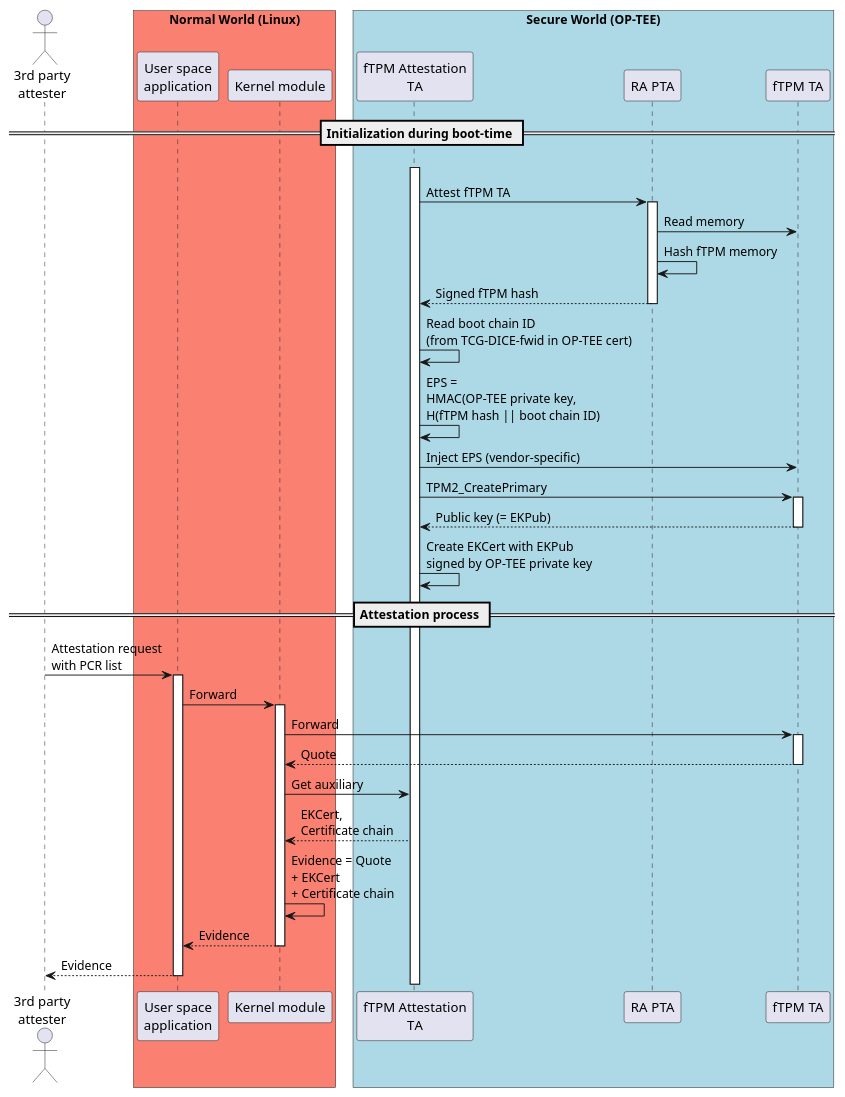
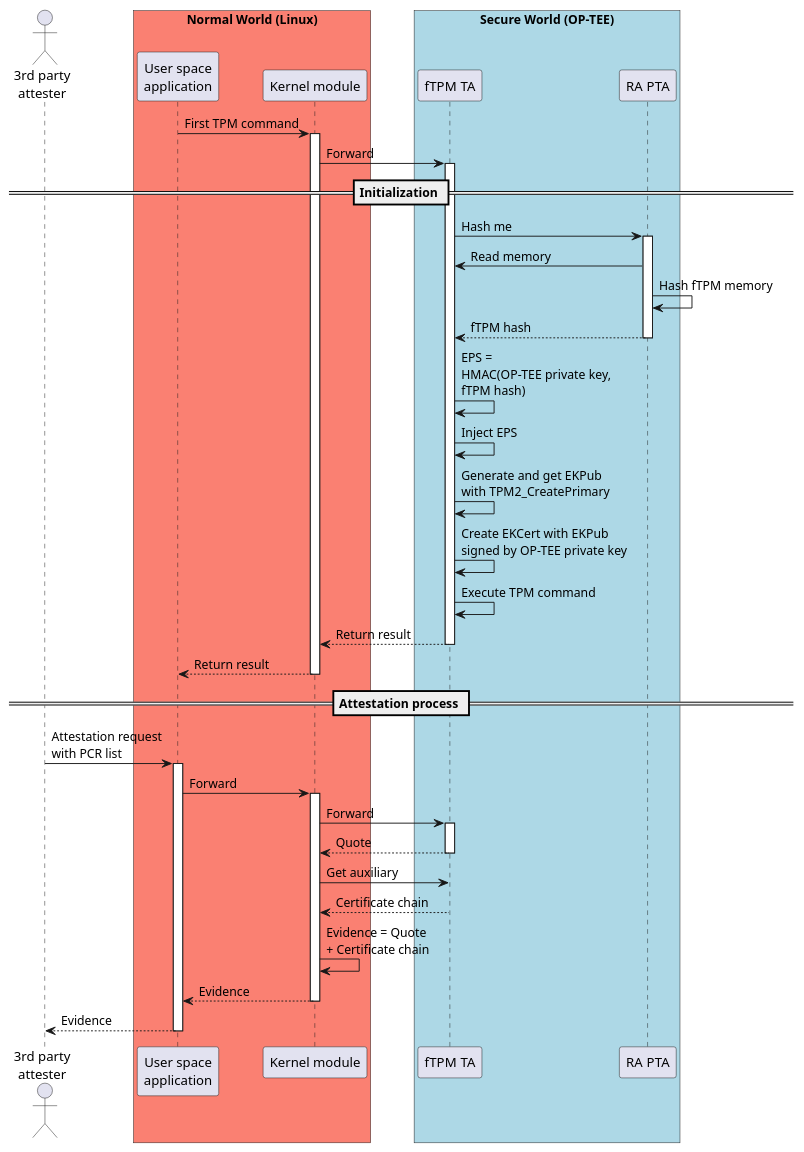
The diagram in figures/sequence_diagram.puml (akorb/master-thesis), drawn with PlantUML before and after one commit.

Commit message:
Merge attestation TA and fTPM TA in seq diag

```diff
--- a/figures/sequence_diagram.puml
+++ b/figures/sequence_diagram.puml
@@ -1,58 +1,56 @@
 @startuml sequence diagram
 
 
 
 actor "3rd party\nattester"
 
-== Initialization during boot-time ==
+"User space\napplication" -> "Kernel module" ++: First TPM command
+"Kernel module" -> "fTPM TA" ++: Forward
 
-'activate "fTPM Attestation\nTA"
-'?-> "fTPM Attestation\nTA": Triggered\nby OP-TEE
-"fTPM Attestation\nTA" -[hidden]-> "fTPM Attestation\nTA" ++
+== Initialization ==
 
-"fTPM Attestation\nTA" -> "RA PTA" ++: Attest fTPM TA
+"fTPM TA" -> "RA PTA" ++: Hash me
 
 "RA PTA" -> "fTPM TA": Read memory
 "RA PTA" -> "RA PTA": Hash fTPM memory
-"fTPM Attestation\nTA" <-- "RA PTA" --: Signed fTPM hash
+"fTPM TA" <-- "RA PTA" --: fTPM hash
 
-' From https://trustedcomputinggroup.org/wp-content/uploads/TCG-DICE-Arch-Implicit-Identity-Based-Device-Attestation-v1-rev93.pdf
-"fTPM Attestation\nTA" -> "fTPM Attestation\nTA": Read boot chain ID\n(from TCG-DICE-fwid in OP-TEE cert)
+' Formula (2) from https://trustedcomputinggroup.org/wp-content/uploads/Hardware-Requirements-for-Device-Identifier-Composition-Engine-r78_For-Publication.pdf
+"fTPM TA" -> "fTPM TA": EPS =\nHMAC(OP-TEE private key,\nfTPM hash)
+"fTPM TA" -> "fTPM TA": Inject EPS
 
-' Formula from https://www.trustedcomputinggroup.org/wp-content/uploads/Device-Identifier-Composition-Engine-Rev69_Public-Review.pdf
-"fTPM Attestation\nTA" -> "fTPM Attestation\nTA": EPS =\nHMAC(OP-TEE private key,\nH(fTPM hash || boot chain ID)
-"fTPM Attestation\nTA" -> "fTPM TA": Inject EPS (vendor-specific)
+"fTPM TA" -> "fTPM TA": Generate and get EKPub\nwith TPM2_CreatePrimary
+"fTPM TA" -> "fTPM TA": Create EKCert with EKPub\nsigned by OP-TEE private key
 
-"fTPM Attestation\nTA" -> "fTPM TA" ++: TPM2_CreatePrimary
-"fTPM Attestation\nTA" <-- "fTPM TA" --: Public key (= EKPub)
+"fTPM TA" -> "fTPM TA": Execute TPM command
 
-"fTPM Attestation\nTA" -> "fTPM Attestation\nTA": Create EKCert with EKPub\nsigned by OP-TEE private key
 
+"Kernel module" <-- "fTPM TA" --: Return result
+"User space\napplication" <-- "Kernel module" --: Return result
 
 
 == Attestation process ==
 
 "3rd party\nattester" -> "User space\napplication" ++: Attestation request\nwith PCR list
 "User space\napplication" -> "Kernel module" ++: Forward
 
 "Kernel module" -> "fTPM TA" ++: Forward
 "Kernel module" <-- "fTPM TA" --: Quote
-"Kernel module" -> "fTPM Attestation\nTA": Get auxiliary
-"Kernel module" <-- "fTPM Attestation\nTA": EKCert,\nCertificate chain
-"Kernel module" -> "Kernel module": Evidence = Quote\n+ EKCert\n+ Certificate chain
+"Kernel module" -> "fTPM TA": Get auxiliary
+"Kernel module" <-- "fTPM TA": Certificate chain
+"Kernel module" -> "Kernel module": Evidence = Quote\n+ Certificate chain
 "User space\napplication" <-- "Kernel module" --: Evidence
 "3rd party\nattester" <-- "User space\napplication" --: Evidence
 
 
 box "Normal World (Linux)" #Salmon
 participant "User space\napplication"
 participant "Kernel module"
 end box
 
 box "Secure World (OP-TEE)" #LightBlue
-participant "fTPM Attestation\nTA"
+participant "fTPM TA"
 participant "RA PTA"
-participant "fTPM TA"
 end box
 
 @enduml
```
